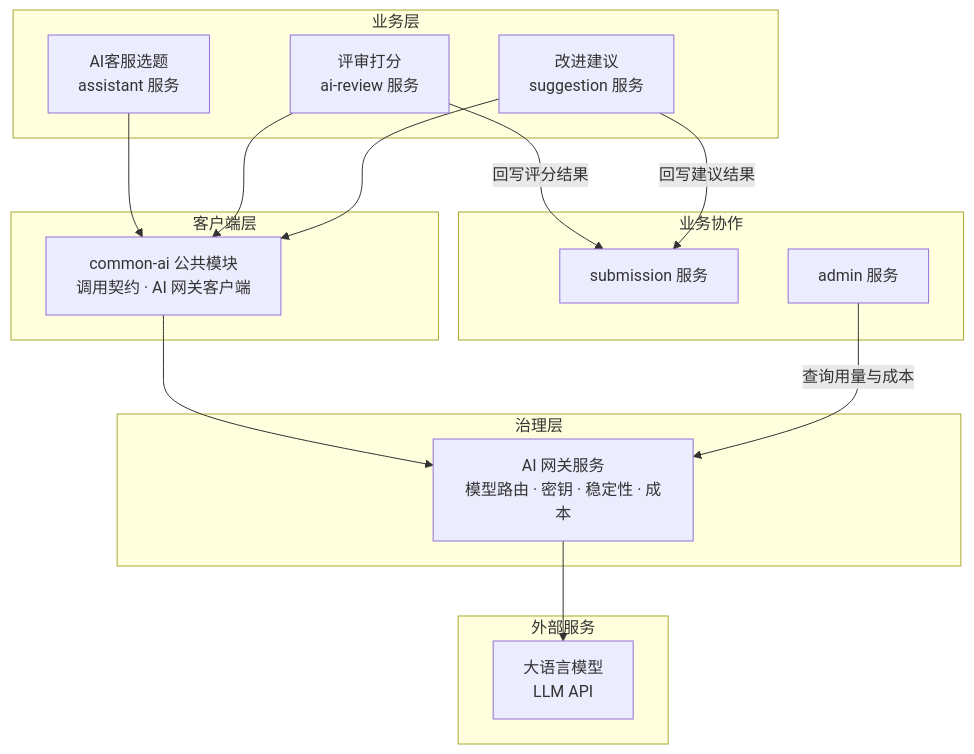
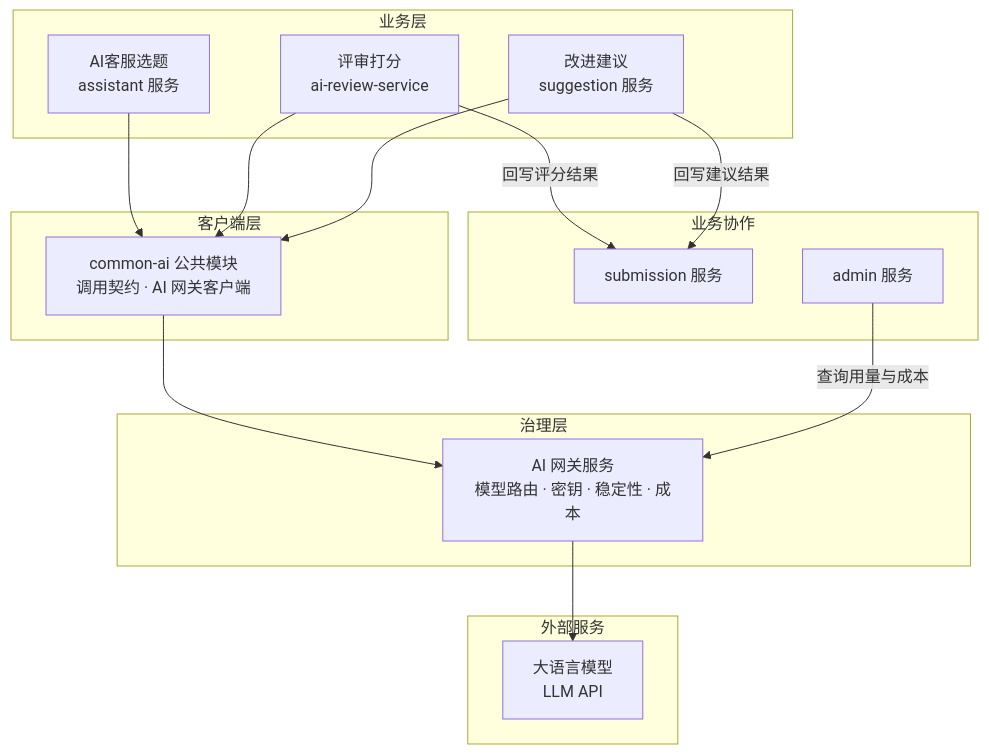
The third of 4 diagrams in docs/project/02-架构设计/微服务架构.md (Dorian7Alden/LeetModel), drawn with Mermaid before and after one commit. The commit also changed other lines of this file and 28 other files, not shown here.

````diff
--- a/docs/project/02-架构设计/微服务架构.md
+++ b/docs/project/02-架构设计/微服务架构.md
@@ -149,34 +149,34 @@
 ```mermaid
 graph TB
     subgraph 业务层
         ASSISTANT[AI客服选题<br/>assistant 服务]
-        REVIEW[评审打分<br/>ai-review 服务]
+        REVIEW[评审打分<br/>ai-review-service]
         SUGGESTION[改进建议<br/>suggestion 服务]
     end
 
     subgraph 客户端层
         COMMON_AI[common-ai 公共模块<br/>调用契约 · AI 网关客户端]
     end
 
     subgraph 治理层
         AI_GATEWAY[AI 网关服务<br/>模型路由 · 密钥 · 稳定性 · 成本]
     end
 
     subgraph 外部服务
         LLM[大语言模型<br/>LLM API]
     end
 
     subgraph 业务协作
         SUBMISSION[submission 服务]
         ADMIN[admin 服务]
     end
 
     ASSISTANT --> COMMON_AI
     REVIEW --> COMMON_AI
     SUGGESTION --> COMMON_AI
     COMMON_AI --> AI_GATEWAY
     AI_GATEWAY --> LLM
     ADMIN -->|查询用量与成本| AI_GATEWAY
     REVIEW -->|回写评分结果| SUBMISSION
     SUGGESTION -->|回写建议结果| SUBMISSION
 ```
````
